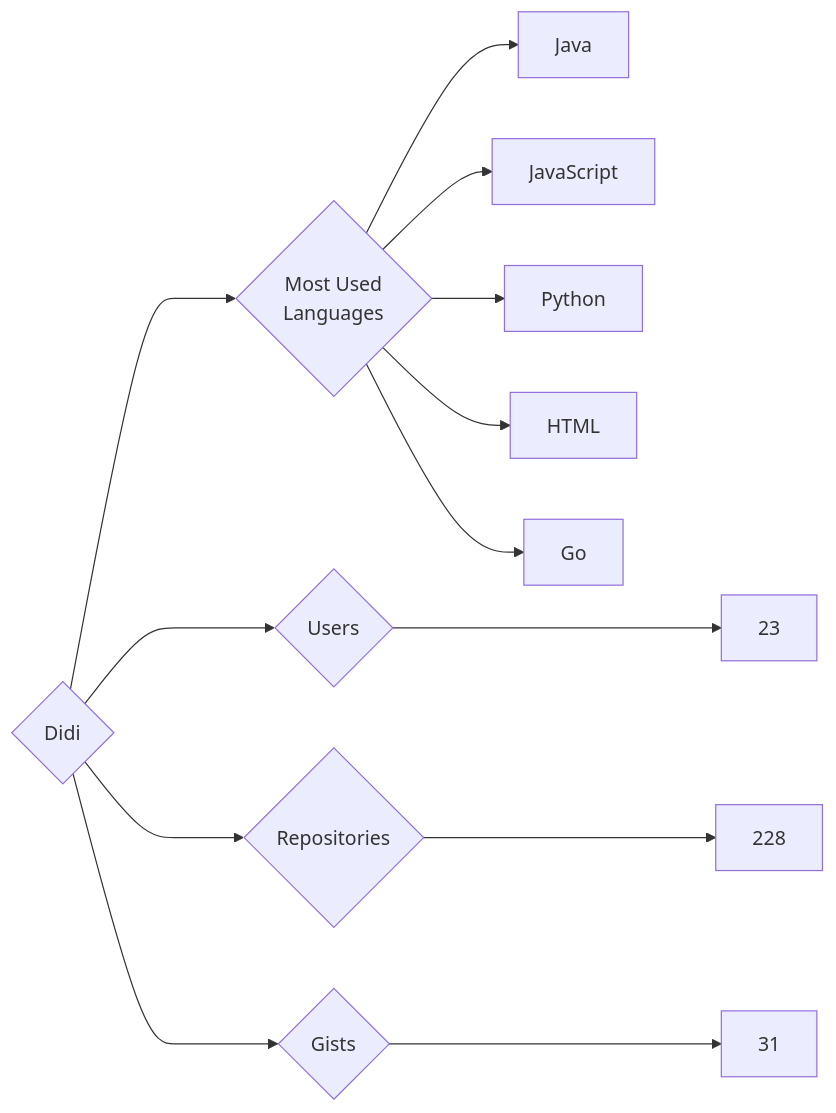
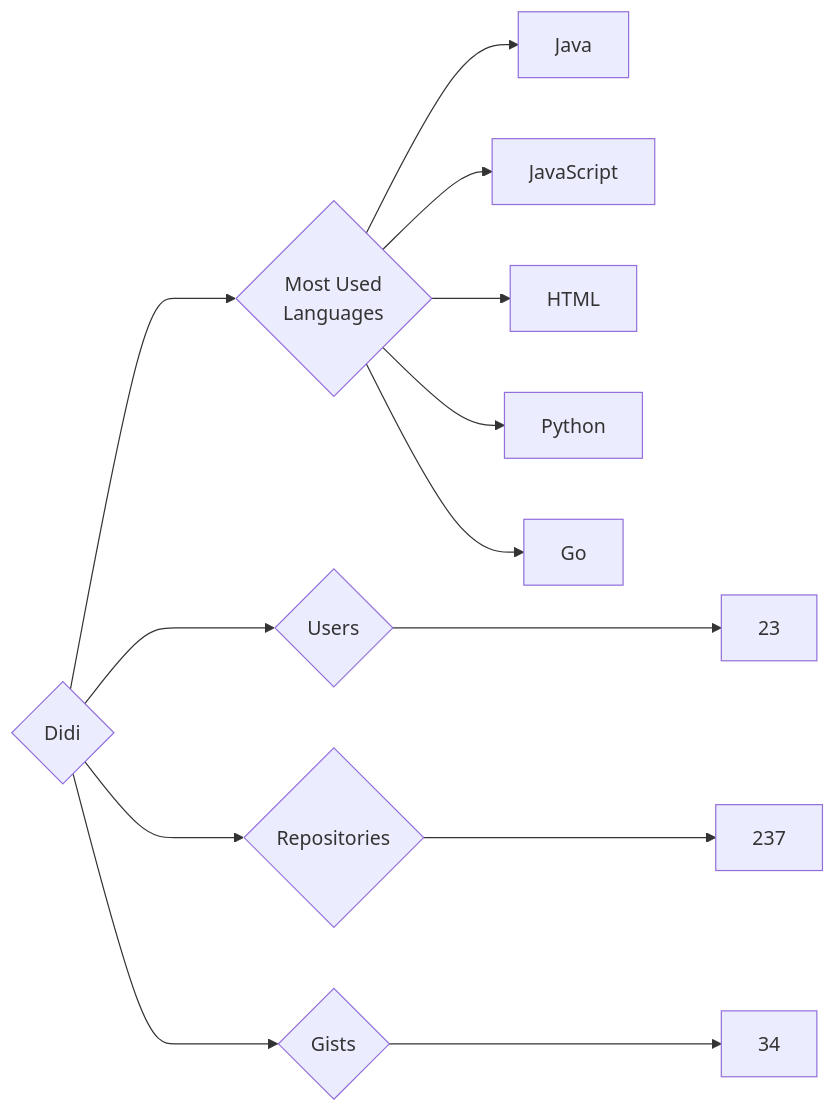
One commit to trickest/insiders changed the diagram in targets/Didi/README.md. Above: the diagram before and after it, drawn with Mermaid. The commit also changed 720 other files, not shown here.

````diff
--- a/targets/Didi/README.md
+++ b/targets/Didi/README.md
@@ -3,13 +3,13 @@
 ```mermaid
 graph LR
 COMPANY_NAME{Didi}
 COMPANY_NAME ---> U{Users} ---> UN[23]
-COMPANY_NAME ---> R{Repositories} ---> RN[228]
-COMPANY_NAME ---> G{Gists} ---> GN[31]
+COMPANY_NAME ---> R{Repositories} ---> RN[237]
+COMPANY_NAME ---> G{Gists} ---> GN[34]
 COMPANY_NAME ---> ML{Most Used<br>Languages}
 ML --> Java[Java]
 ML --> JavaScript[JavaScript]
+ML --> HTML[HTML]
 ML --> Python[Python]
-ML --> HTML[HTML]
 ML --> Go[Go]
 ```
````
